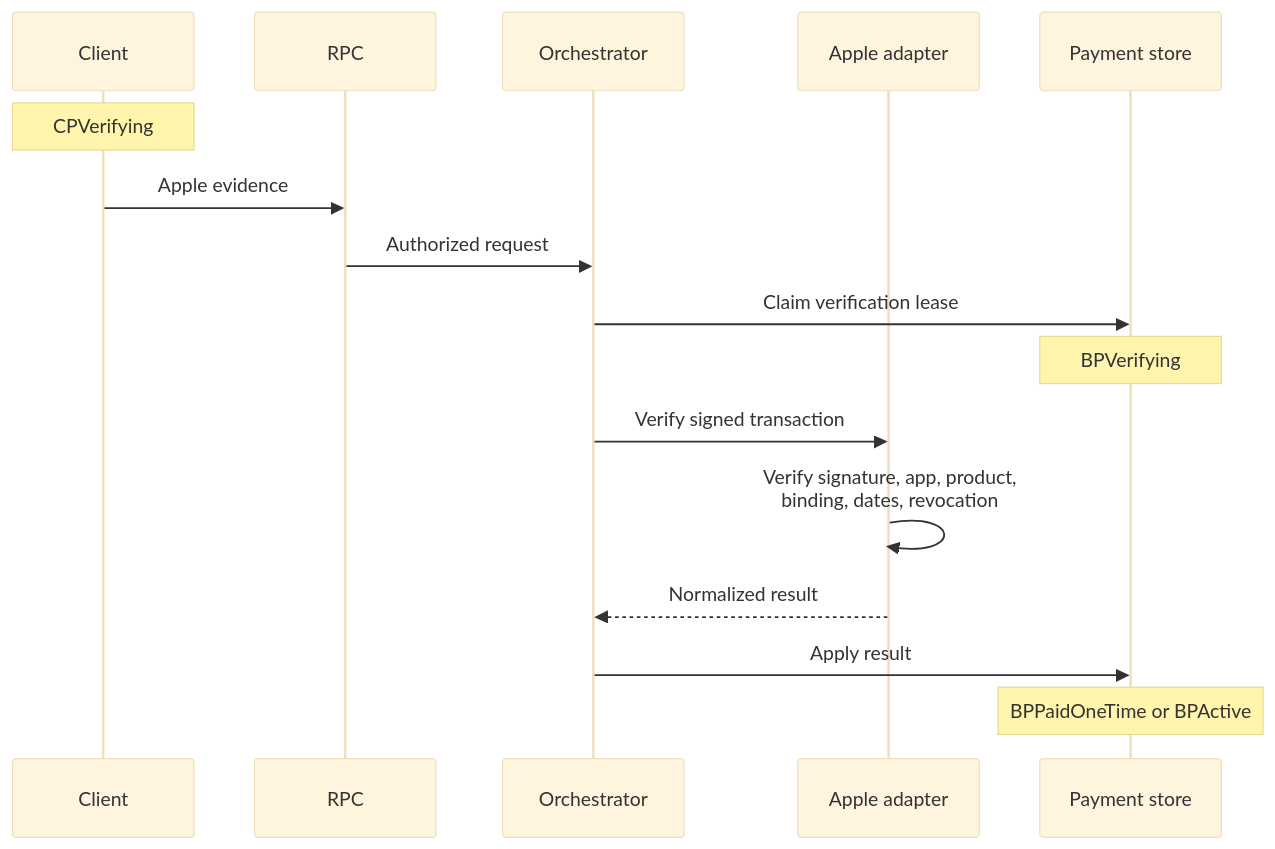
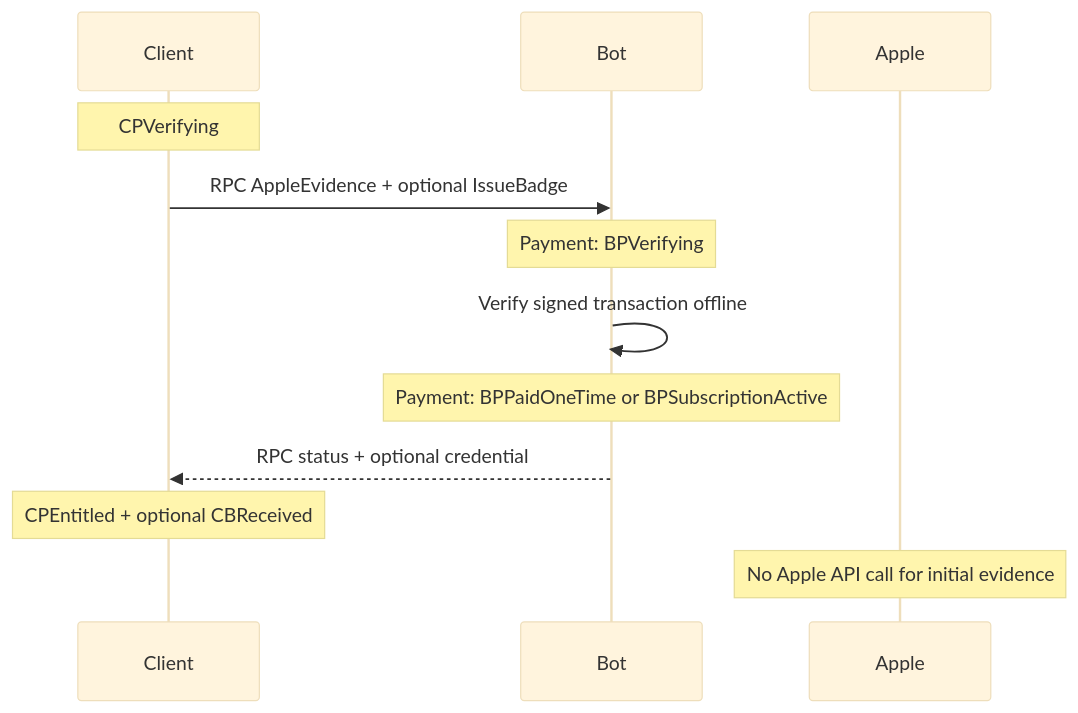
Before and after one commit to simplex-chat/simplex-chat: the third of 6 diagrams in plans/2026-07-20-supporter-badges-v2-implementation.md, drawn with Mermaid (base theme). The commit also changed other lines of this file and 4 other files, not shown here.

````diff
--- a/plans/2026-07-20-supporter-badges-v2-implementation.md
+++ b/plans/2026-07-20-supporter-badges-v2-implementation.md
@@ -271,18 +256,14 @@
 ```mermaid
 sequenceDiagram
   participant C as Client
-  participant RPC as RPC
-  participant O as Orchestrator
-  participant A as Apple adapter
-  participant P as Payment store
+  participant B as Bot
+  participant A as Apple
   Note over C: CPVerifying
-  C->>RPC: Apple evidence
-  RPC->>O: Authorized request
-  O->>P: Claim verification lease
-  Note over P: BPVerifying
-  O->>A: Verify signed transaction
-  A->>A: Verify signature, app, product,<br/>binding, dates, revocation
-  A-->>O: Normalized result
-  O->>P: Apply result
-  Note over P: BPPaidOneTime or BPActive
+  C->>B: RPC AppleEvidence + optional IssueBadge
+  Note over B: Payment: BPVerifying
+  B->>B: Verify signed transaction offline
+  Note over B: Payment: BPPaidOneTime or BPSubscriptionActive
+  B-->>C: RPC status + optional credential
+  Note over C: CPEntitled + optional CBReceived
+  Note over A: No Apple API call for initial evidence
 ```
````
